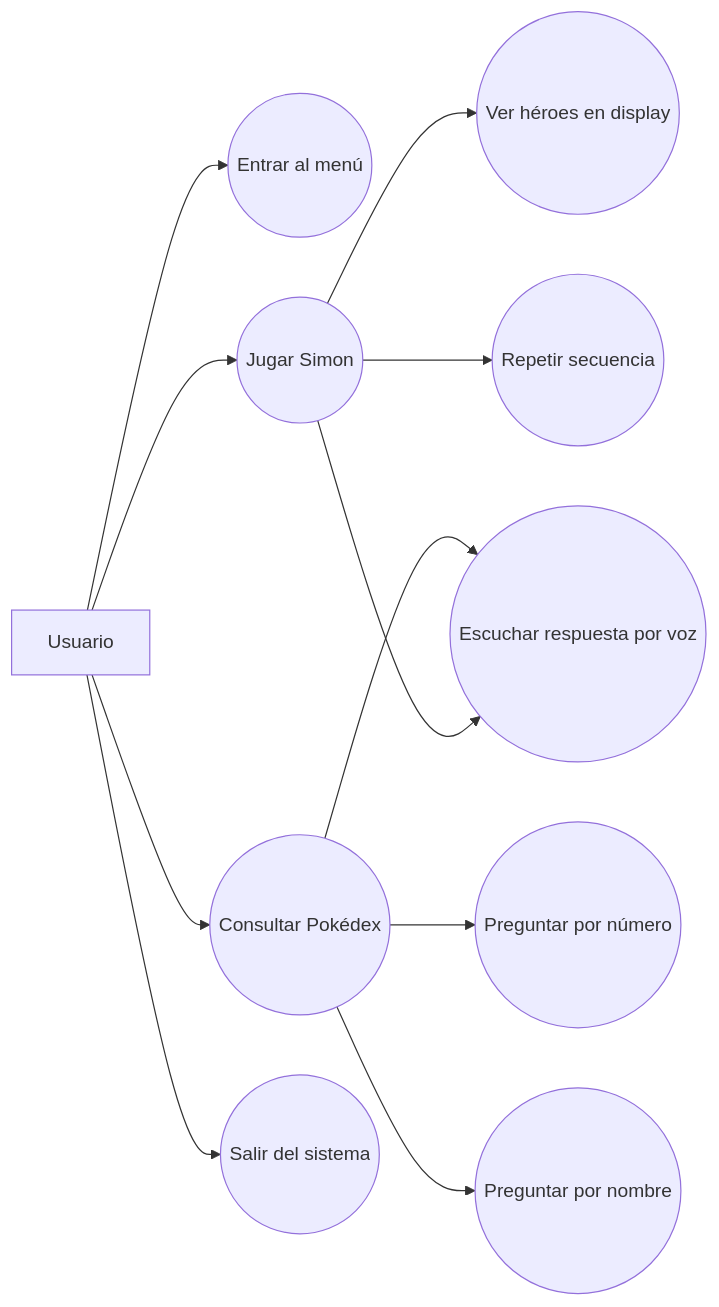
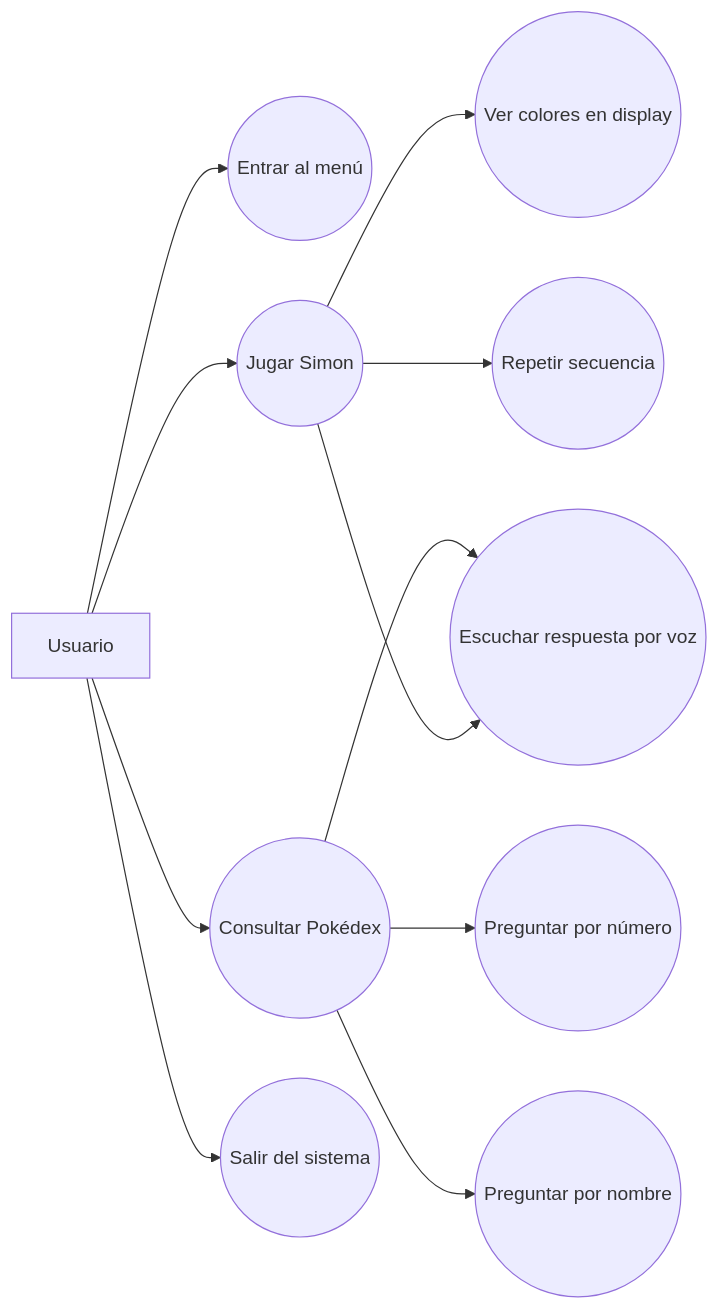
Before and after one commit to JGG07/poke-simon: the third of 5 diagrams in README.md, drawn with Mermaid. The commit also changed other lines of this file and 6 other files, not shown here.

````diff
--- a/README.md
+++ b/README.md
@@ -848,27 +912,27 @@
 ```mermaid
 flowchart LR
     U[Usuario]
 
     A((Entrar al menú))
     B((Jugar Simon))
     C((Consultar Pokédex))
     D((Preguntar por número))
     E((Preguntar por nombre))
     F((Escuchar respuesta por voz))
-    G((Ver héroes en display))
+    G((Ver colores en display))
     H((Repetir secuencia))
     I((Salir del sistema))
 
     U --> A
     U --> B
     U --> C
     U --> I
 
     C --> D
     C --> E
     C --> F
 
     B --> G
     B --> H
     B --> F
 ```
````
